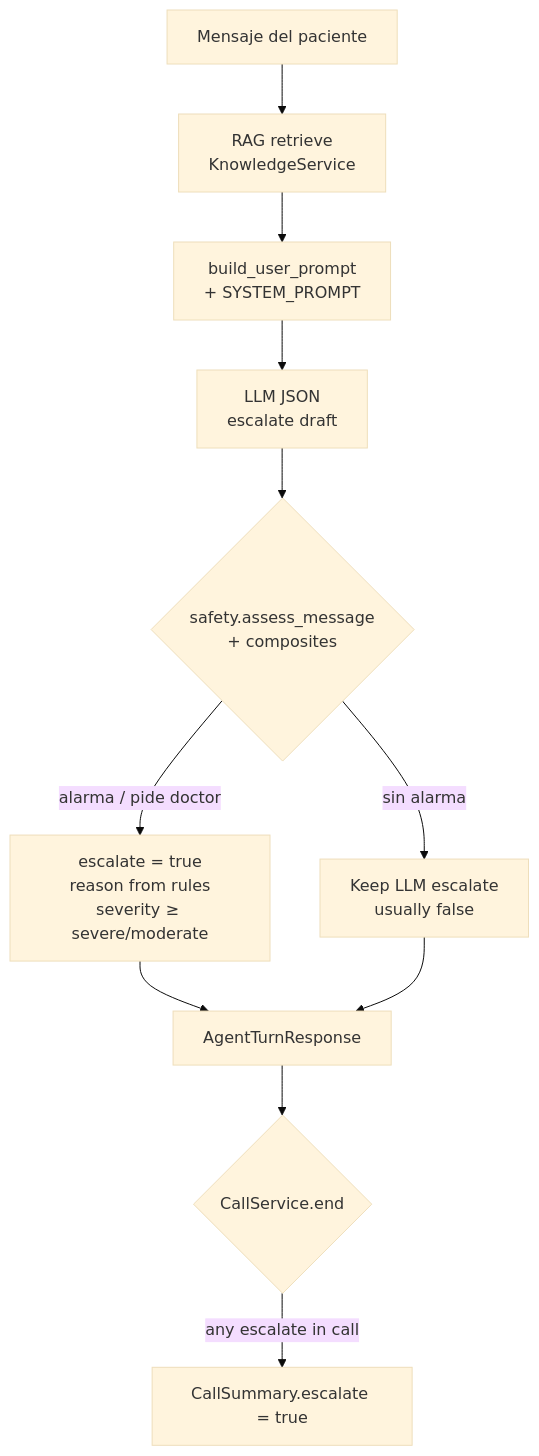
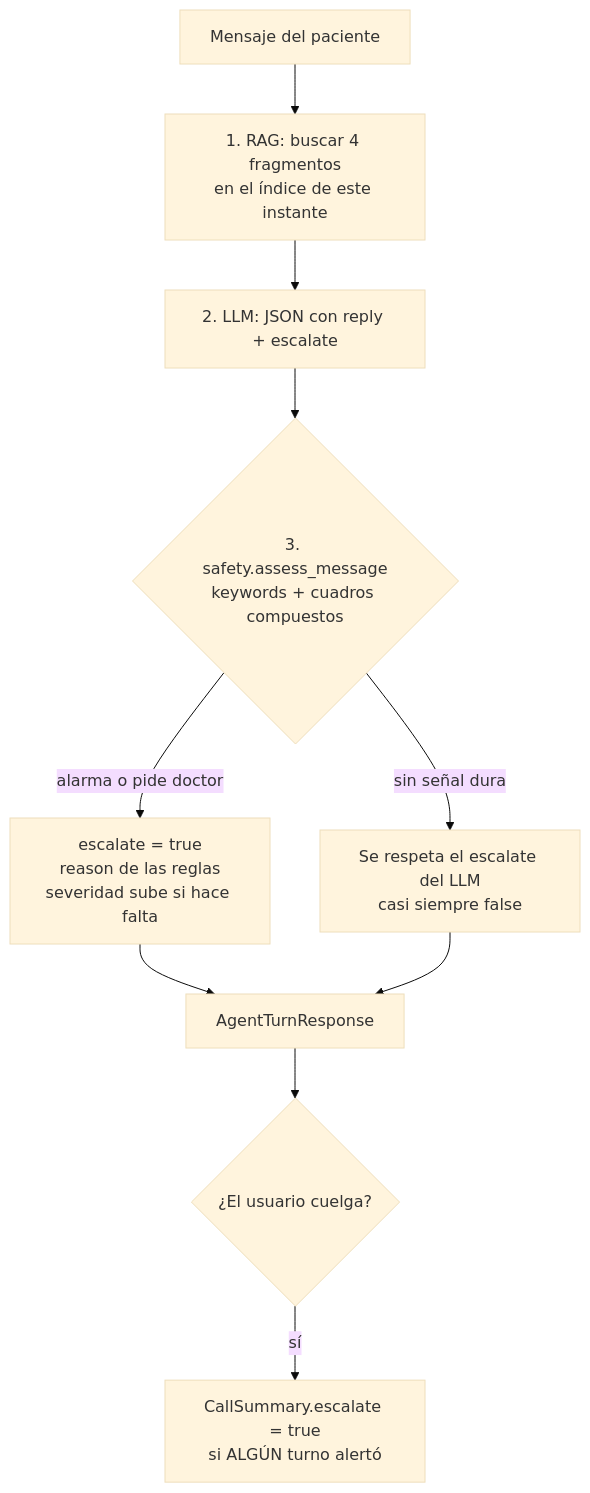
Before and after one commit to jfernand196/tech-sphere-voice-agent: the third of 6 diagrams in ARCHITECTURE.md, drawn with Mermaid (base theme). The commit also changed other lines of this file, not shown here.

Commit message:
Rewrite architecture doc so a jury can audit boxes against code.

````diff
--- a/ARCHITECTURE.md
+++ b/ARCHITECTURE.md
@@ -81,13 +97,12 @@
 ```mermaid
 flowchart TD
-  In["Mensaje del paciente"] --> RAG["RAG retrieve<br/>KnowledgeService"]
-  RAG --> Prompt["build_user_prompt<br/>+ SYSTEM_PROMPT"]
-  Prompt --> LLM["LLM JSON<br/>escalate draft"]
-  LLM --> Guard{"safety.assess_message<br/>+ composites"}
-  Guard -->|alarma / pide doctor| Force["escalate = true<br/>reason from rules<br/>severity ≥ severe/moderate"]
-  Guard -->|sin alarma| Keep["Keep LLM escalate<br/>usually false"]
+  Msg["Mensaje del paciente"] --> RAG["1. RAG: buscar 4 fragmentos<br/>en el índice de este instante"]
+  RAG --> LLM["2. LLM: JSON con reply + escalate"]
+  LLM --> Rules{"3. safety.assess_message<br/>keywords + cuadros compuestos"}
+  Rules -->|alarma o pide doctor| Force["escalate = true<br/>reason de las reglas<br/>severidad sube si hace falta"]
+  Rules -->|sin señal dura| Keep["Se respeta el escalate del LLM<br/>casi siempre false"]
   Force --> Out["AgentTurnResponse"]
   Keep --> Out
-  Out --> End{"CallService.end"}
-  End -->|any escalate in call| Sum["CallSummary.escalate = true"]
+  Out --> Hang{"¿El usuario cuelga?"}
+  Hang -->|sí| Sum["CallSummary.escalate = true<br/>si ALGÚN turno alertó"]
 ```
````
